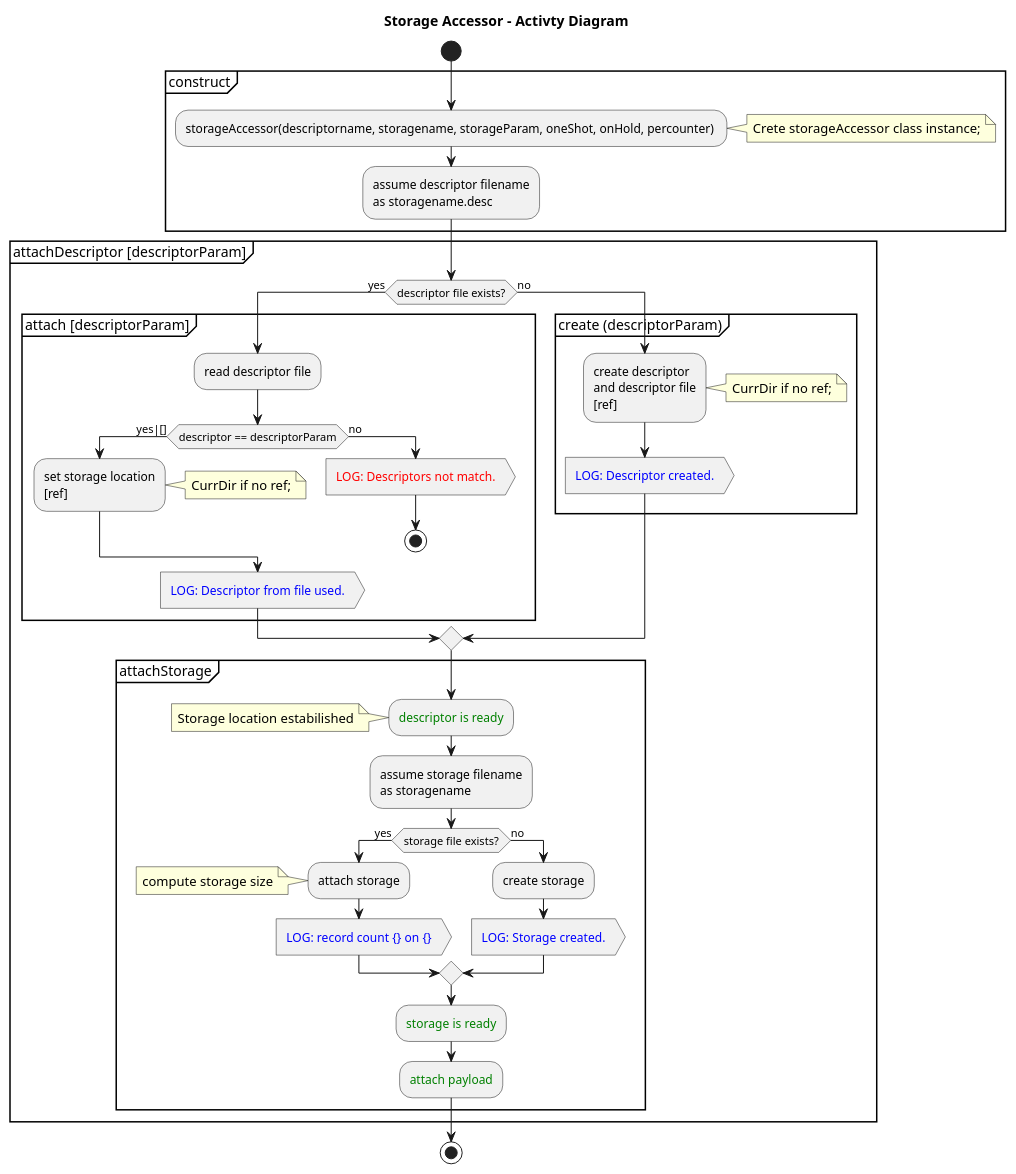
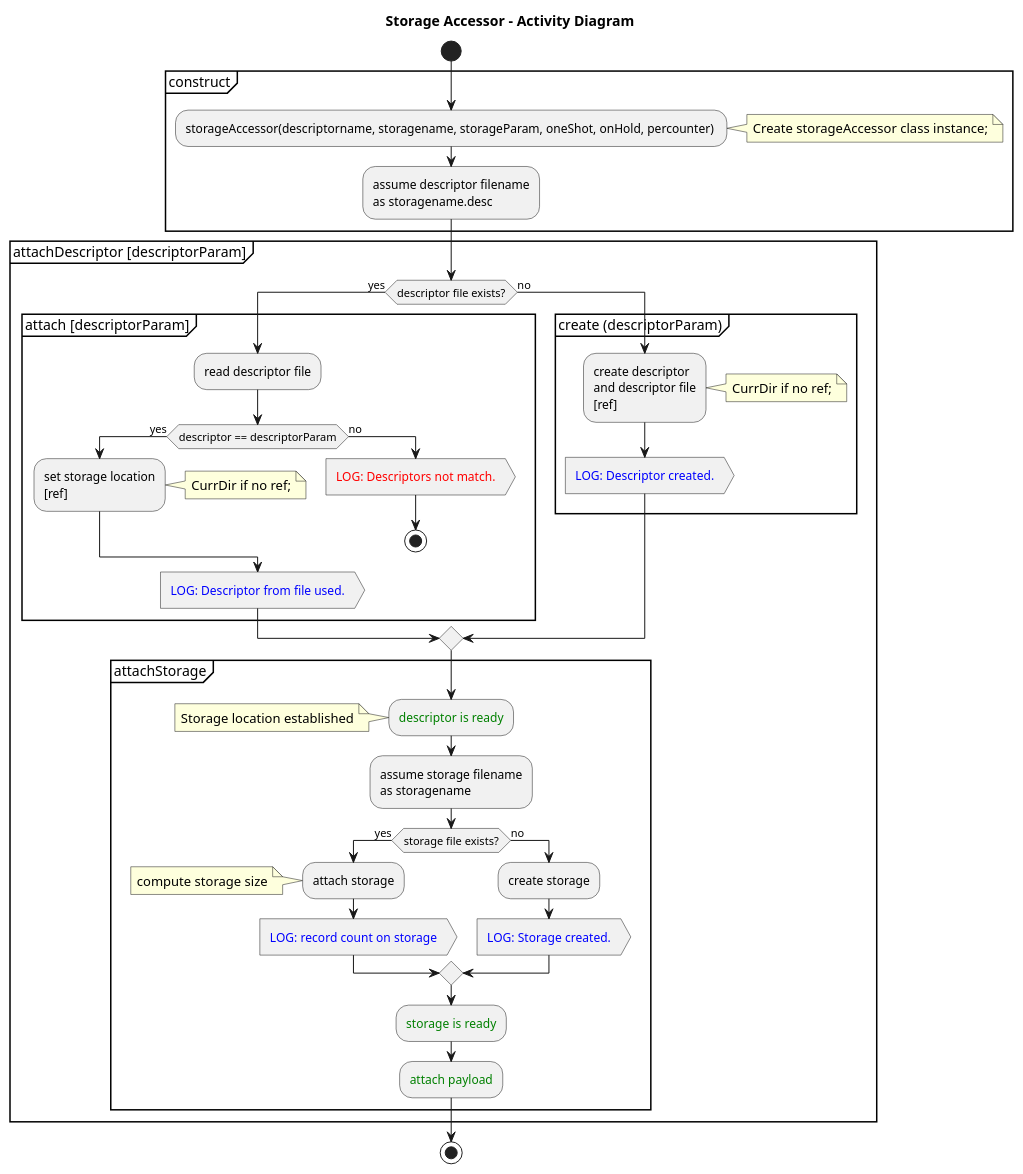
One commit to michalwidera/retractordb changed the diagram in src/rdb/UML/rdb-storageaccessor.puml. Above: the diagram before and after it, drawn with PlantUML. The commit also changed 69 other files, not shown here.

```diff
--- a/src/rdb/UML/rdb-storageaccessor.puml
+++ b/src/rdb/UML/rdb-storageaccessor.puml
@@ -1,66 +1,66 @@
 @startuml
 
 /' To preview in VSCode: Alt-D '/
 
-title Storage Accessor - Activty Diagram
+title Storage Accessor - Activity Diagram
 
 start
 
 partition "construct" {
 :storageAccessor(descriptorname, storagename, storageParam, oneShot, onHold, percounter) ;
-note right: Crete storageAccessor class instance;
+note right: Create storageAccessor class instance;
 
 :assume descriptor filename
 as storagename.desc;
 }
 
 partition "attachDescriptor [descriptorParam]" {
 if (descriptor file exists?) then (yes)
-	partition "attach [descriptorParam]" {
-  :read descriptor file;
-  if (descriptor == descriptorParam) then (yes|[])
-    :set storage location
+  partition "attach [descriptorParam]" {
+    :read descriptor file;
+    if (descriptor == descriptorParam) then (yes)
+      :set storage location
+      [ref];
+      note right: CurrDir if no ref;
+    else (no)
+      :<color:red>LOG: Descriptors not match.>
+      stop
+    endif
+    :<color blue>LOG: Descriptor from file used.>
+  }
+else (no)
+  partition "create (descriptorParam)" {
+    :create descriptor
+    and descriptor file
     [ref];
     note right: CurrDir if no ref;
-  else (no)
-    :<color:red>LOG: Descriptors not match.>
-    stop
-  endif
-  :<color blue>LOG: Descriptor from file used.>
+    :<color blue>LOG: Descriptor created.>
   }
-else (no)
-	partition "create (descriptorParam)" {
-	  :create descriptor
-	  and descriptor file
-	  [ref];
-	  note right: CurrDir if no ref;
-	  :<color blue>LOG: Descriptor created.>
-	}
 endif
 
 partition "attachStorage" {
   :<color:green>descriptor is ready;
 
-  note left: Storage location estabilished
+  note left: Storage location established
 
   :assume storage filename
   as storagename;
 
   if (storage file exists?) then (yes)
     :attach storage;
     note left: compute storage size
-    :<color blue>LOG: record count {} on {}>
+    :<color blue>LOG: record count on storage>
   else (no)
     :create storage;
     :<color blue>LOG: Storage created.>
   endif
 
   :<color:green>storage is ready;
   :<color:green>attach payload;
 }
 
 }
 
 stop
 
 @enduml
```
